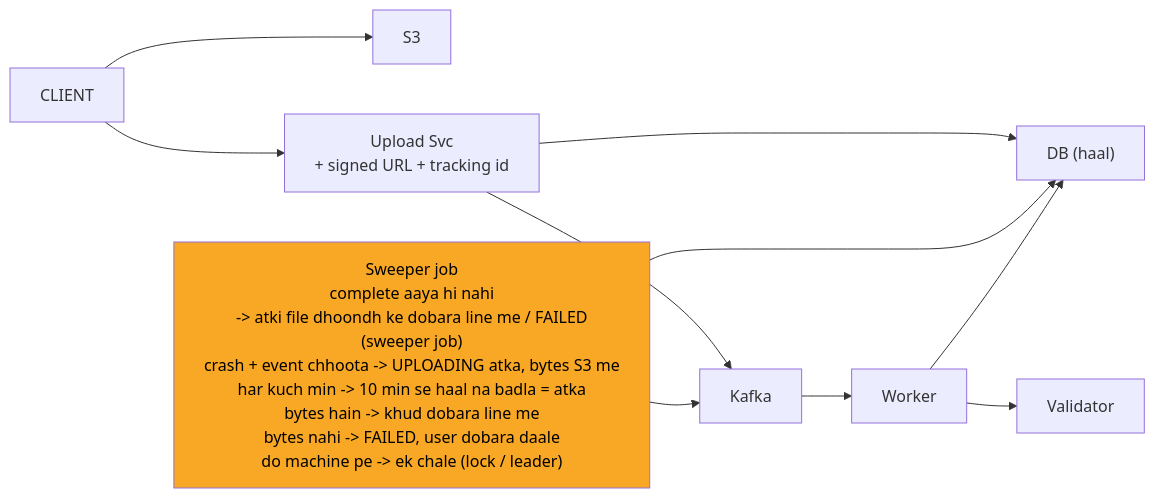
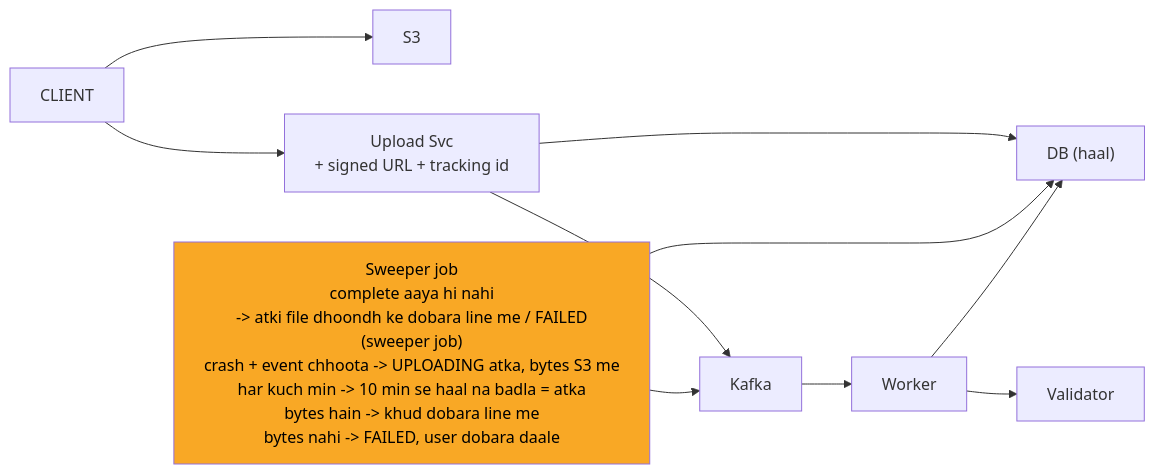
Before and after one commit to ArpanMaheshwari144/Prep: the fifth of 11 diagrams in 04_HLD/SYSTEM_DESIGNS/07_file_upload_validate_system/07_file_upload_INTERVIEW.md, drawn with Mermaid. The commit also changed other lines of this file and 13 other files, not shown here.

````diff
--- a/04_HLD/SYSTEM_DESIGNS/07_file_upload_validate_system/07_file_upload_INTERVIEW.md
+++ b/04_HLD/SYSTEM_DESIGNS/07_file_upload_validate_system/07_file_upload_INTERVIEW.md
@@ -216,22 +216,22 @@
 ```mermaid
 %%{init: {"flowchart": {"wrappingWidth": 450}}}%%
 flowchart LR
     n_CLIENT["CLIENT"]
     n_S3["S3"]
     n_Upload_Svc["Upload Svc<br/>+ signed URL + tracking id"]
     n_DB["DB (haal)"]
-    n_Sweeper_job["Sweeper job<br/>complete aaya hi nahi<br/>-> atki file dhoondh ke dobara line me / FAILED<br/>(sweeper job)<br/>crash + event chhoota -> UPLOADING atka, bytes S3 me<br/>har kuch min -> 10 min se haal na badla = atka<br/>bytes hain -> khud dobara line me<br/>bytes nahi -> FAILED, user dobara daale<br/>do machine pe -> ek chale (lock / leader)"]
+    n_Sweeper_job["Sweeper job<br/>complete aaya hi nahi<br/>-> atki file dhoondh ke dobara line me / FAILED<br/>(sweeper job)<br/>crash + event chhoota -> UPLOADING atka, bytes S3 me<br/>har kuch min -> 10 min se haal na badla = atka<br/>bytes hain -> khud dobara line me<br/>bytes nahi -> FAILED, user dobara daale"]
     n_Kafka["Kafka"]
     n_Worker["Worker"]
     n_Validator["Validator"]
     n_CLIENT --> n_S3
     n_CLIENT --> n_Upload_Svc
     n_Upload_Svc --> n_DB
     n_Upload_Svc --> n_Kafka
     n_Sweeper_job --> n_DB
     n_Sweeper_job --> n_Kafka
     n_Kafka --> n_Worker
     n_Worker --> n_Validator
     n_Worker --> n_DB
     style n_Sweeper_job fill:#f9a825,color:#000
 ```
````
